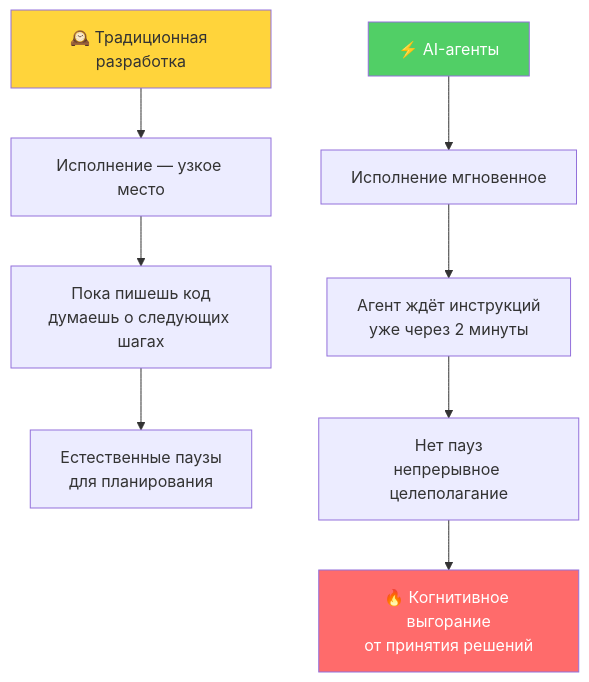
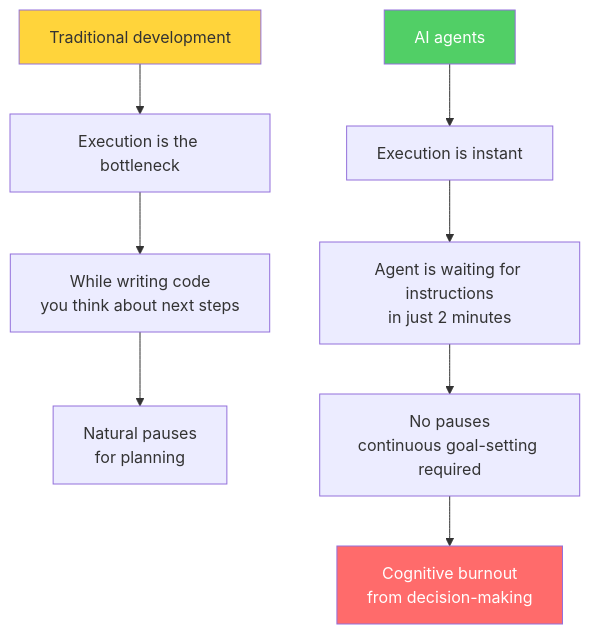
Diagram 11 of 16 in materials/workshop4.md (ad3002/masters-course-2025-vibe-coding), drawn with Mermaid before and after one commit. The commit also changed other lines of this file, not shown here.

````diff
--- a/materials/workshop4.md
+++ b/materials/workshop4.md
@@ -479,15 +479,15 @@
 ```mermaid
 graph TD
-    OLD[🕰️ Традиционная разработка] --> OLD1[Исполнение — узкое место]
-    OLD1 --> OLD2[Пока пишешь код<br/>думаешь о следующих шагах]
-    OLD2 --> OLD3[Естественные паузы<br/>для планирования]
+    OLD[Traditional development] --> OLD1[Execution is the bottleneck]
+    OLD1 --> OLD2[While writing code<br/>you think about next steps]
+    OLD2 --> OLD3[Natural pauses<br/>for planning]
 
-    NEW[⚡ AI-агенты] --> NEW1[Исполнение мгновенное]
-    NEW1 --> NEW2[Агент ждёт инструкций<br/>уже через 2 минуты]
-    NEW2 --> NEW3[Нет пауз<br/>непрерывное целеполагание]
-    NEW3 --> BURN[🔥 Когнитивное выгорание<br/>от принятия решений]
+    NEW[AI agents] --> NEW1[Execution is instant]
+    NEW1 --> NEW2[Agent is waiting for instructions<br/>in just 2 minutes]
+    NEW2 --> NEW3[No pauses<br/>continuous goal-setting required]
+    NEW3 --> BURN[Cognitive burnout<br/>from decision-making]
 
     style OLD fill:#ffd43b
     style NEW fill:#51cf66,color:#fff
     style BURN fill:#ff6b6b,color:#fff
 ```
````
